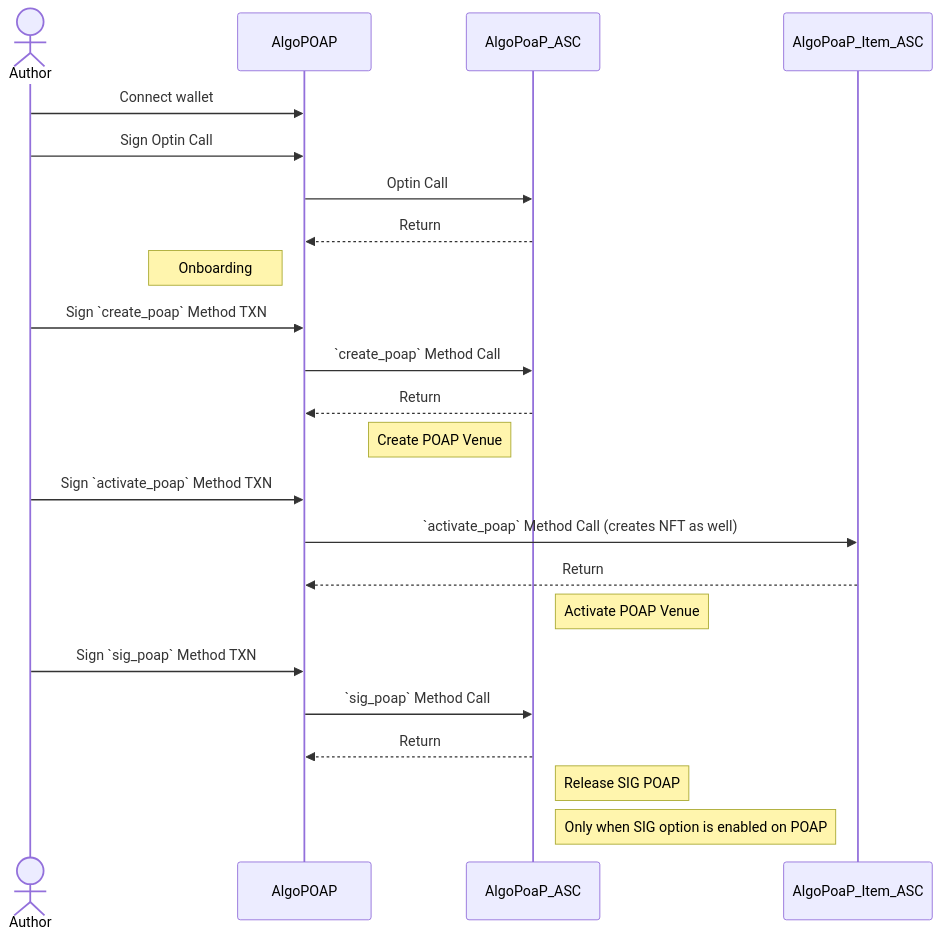
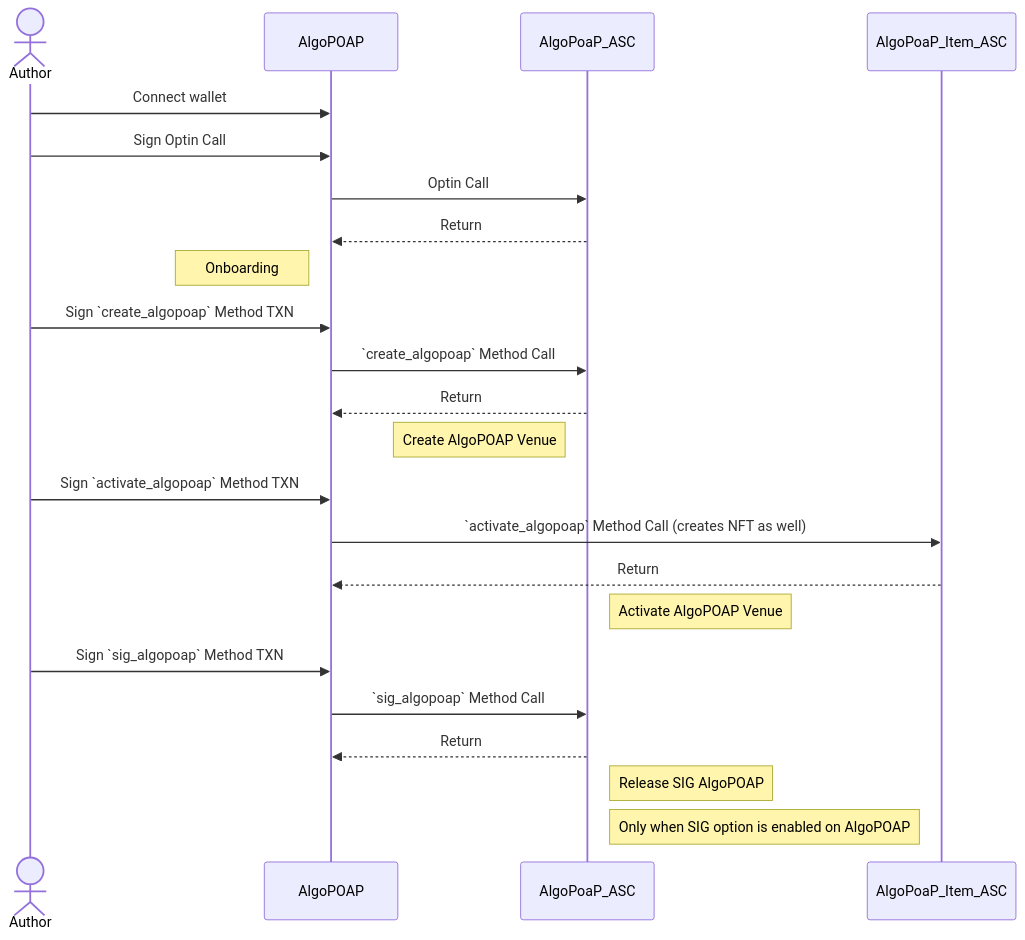
Before and after one commit to GoPlausible/.github: the second of 8 diagrams in profile/README.md, drawn with Mermaid. The commit also changed other lines of this file, not shown here.

````diff
--- a/profile/README.md
+++ b/profile/README.md
@@ -199,28 +198,28 @@
 ```mermaid
 sequenceDiagram 
 actor Author
 participant AlgoPOAP
 participant AlgoPoaP_ASC
 participant AlgoPoaP_Item_ASC
 Author ->> AlgoPOAP: Connect wallet
 Author ->> AlgoPOAP: Sign Optin Call
 AlgoPOAP ->> AlgoPoaP_ASC: Optin Call
 AlgoPoaP_ASC -->> AlgoPOAP: Return
 Note left of AlgoPOAP: Onboarding
-Author ->> AlgoPOAP: Sign `create_poap` Method TXN
-AlgoPOAP ->> AlgoPoaP_ASC:  `create_poap` Method Call
+Author ->> AlgoPOAP: Sign `create_algopoap` Method TXN
+AlgoPOAP ->> AlgoPoaP_ASC:  `create_algopoap` Method Call
 AlgoPoaP_ASC -->> AlgoPOAP: Return
-Note left of AlgoPoaP_ASC: Create POAP Venue
-Author ->> AlgoPOAP: Sign `activate_poap` Method TXN
-AlgoPOAP ->> AlgoPoaP_Item_ASC: `activate_poap` Method Call (creates NFT as well)
+Note left of AlgoPoaP_ASC: Create AlgoPOAP Venue
+Author ->> AlgoPOAP: Sign `activate_algopoap` Method TXN
+AlgoPOAP ->> AlgoPoaP_Item_ASC: `activate_algopoap` Method Call (creates NFT as well)
 AlgoPoaP_Item_ASC -->> AlgoPOAP: Return
-Note right of AlgoPoaP_ASC: Activate POAP Venue
-Author ->> AlgoPOAP: Sign `sig_poap` Method TXN
-AlgoPOAP ->> AlgoPoaP_ASC: `sig_poap` Method Call 
+Note right of AlgoPoaP_ASC: Activate AlgoPOAP Venue
+Author ->> AlgoPOAP: Sign `sig_algopoap` Method TXN
+AlgoPOAP ->> AlgoPoaP_ASC: `sig_algopoap` Method Call 
 AlgoPoaP_ASC -->> AlgoPOAP: Return
-Note right of AlgoPoaP_ASC: Release SIG POAP
-Note right of AlgoPoaP_ASC: Only when SIG option is enabled on POAP
+Note right of AlgoPoaP_ASC: Release SIG AlgoPOAP
+Note right of AlgoPoaP_ASC: Only when SIG option is enabled on AlgoPOAP
 
 
 
 ```
````
